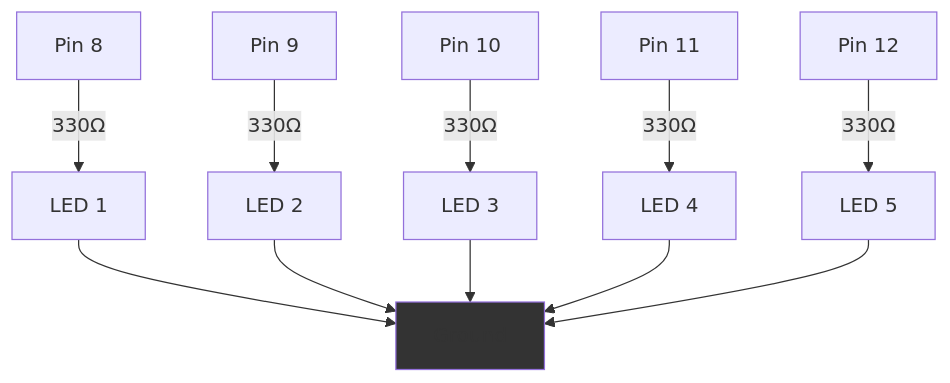
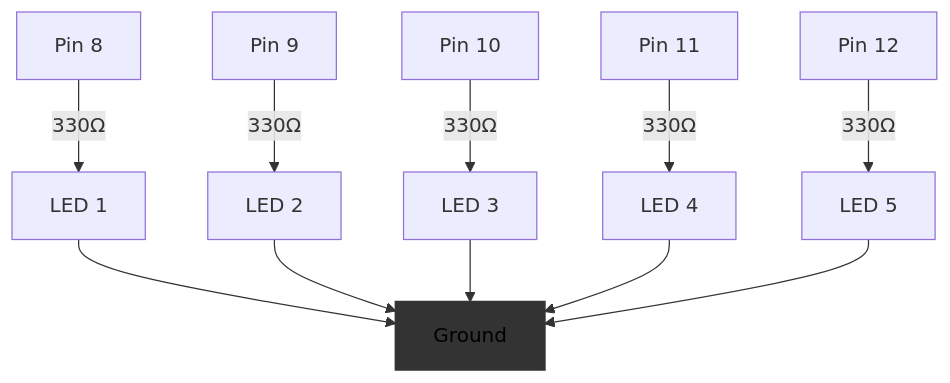
The fifth of 5 diagrams in docs/GETTING_STARTED.md (ScopeCreep-zip/ossidata), drawn with Mermaid before and after one commit. The commit also changed other lines of this file and 4 other files, not shown here.

Commit message:
Update to mermaid diagrams to be more readable

````diff
--- a/docs/GETTING_STARTED.md
+++ b/docs/GETTING_STARTED.md
@@ -448,16 +448,16 @@
 ```mermaid
 graph TD
     A[Pin 8] -->|330Ω| B[LED 1]
     C[Pin 9] -->|330Ω| D[LED 2]
     E[Pin 10] -->|330Ω| F[LED 3]
     G[Pin 11] -->|330Ω| H[LED 4]
     I[Pin 12] -->|330Ω| J[LED 5]
 
     B --> K[Ground]
     D --> K
     F --> K
     H --> K
     J --> K
 
-    style K fill:#333
+    style K fill:#333,stroke:#333,stroke-width:2px,color:#000
 ```
````
